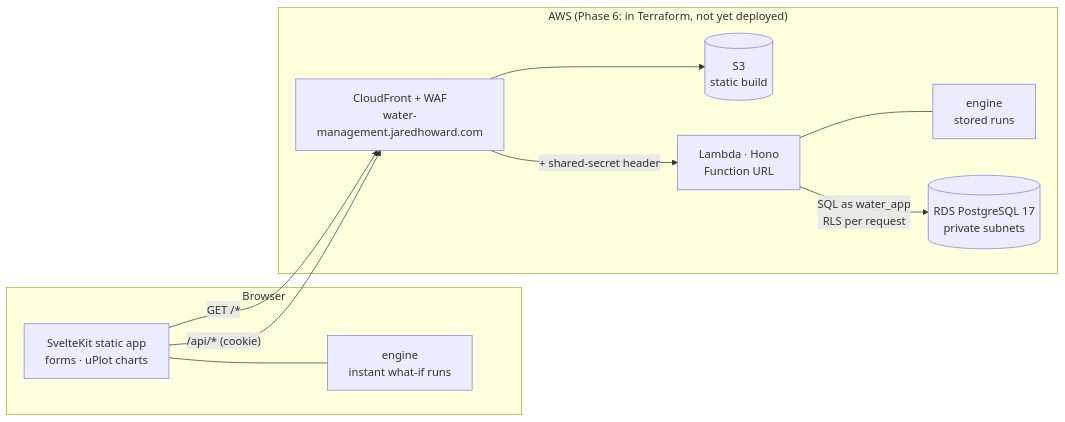
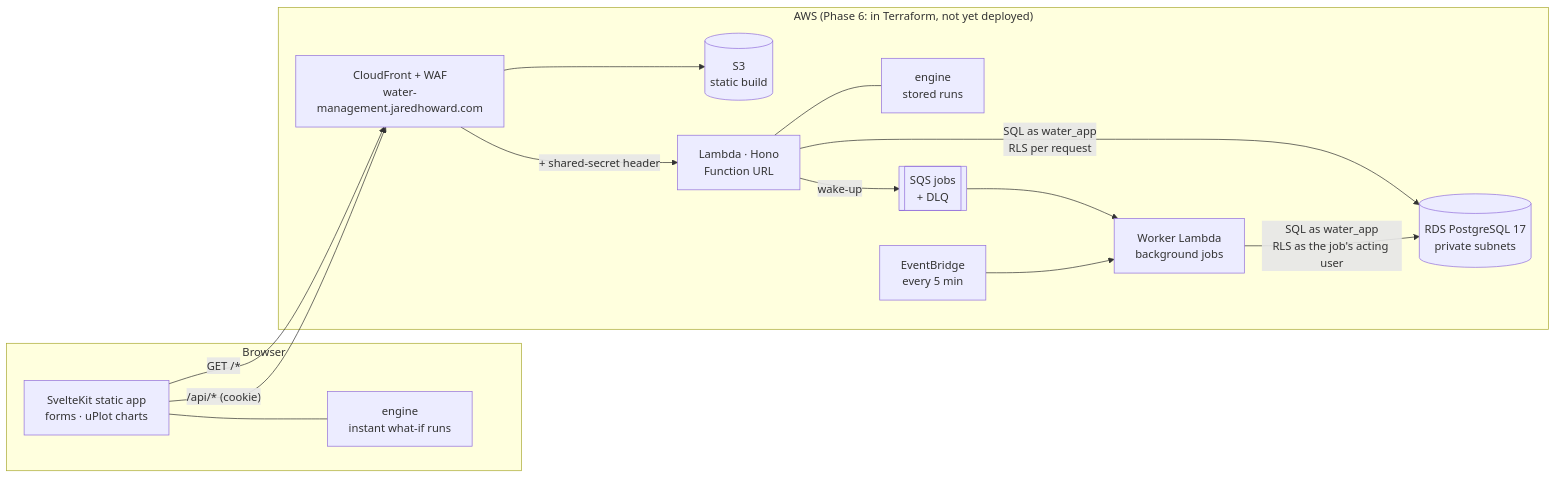
One commit to Absence0760/project-water-management changed the first of 2 diagrams in docs/architecture.md. Above: the diagram before and after it, drawn with Mermaid. The commit also changed other lines of this file and 6 other files, not shown here.

First line of the commit message:
docs: background jobs (WP-2.8): architecture, API, data model, deployment, local dev, security

````diff
--- a/docs/architecture.md
+++ b/docs/architecture.md
@@ -10,21 +10,27 @@
 ```mermaid
 flowchart LR
   subgraph Browser
     UI[SvelteKit static app<br/>forms · uPlot charts]
     EB[engine<br/>instant what-if runs]
     UI --- EB
   end
 
   subgraph AWS["AWS (Phase 6: in Terraform, not yet deployed)"]
     CF[CloudFront + WAF<br/>water-management.jaredhoward.com]
     S3[(S3<br/>static build)]
     L[Lambda · Hono<br/>Function URL]
     EL[engine<br/>stored runs]
     DB[(RDS PostgreSQL 17<br/>private subnets)]
+    Q[[SQS jobs<br/>+ DLQ]]
+    T[EventBridge<br/>every 5 min]
+    W[Worker Lambda<br/>background jobs]
     L --- EL
   end
 
   UI -- "GET /*" --> CF --> S3
   UI -- "/api/* (cookie)" --> CF -- "+ shared-secret header" --> L
   L -- "SQL as water_app<br/>RLS per request" --> DB
+  L -- "wake-up" --> Q --> W
+  T --> W
+  W -- "SQL as water_app<br/>RLS as the job's acting user" --> DB
 ```
````
